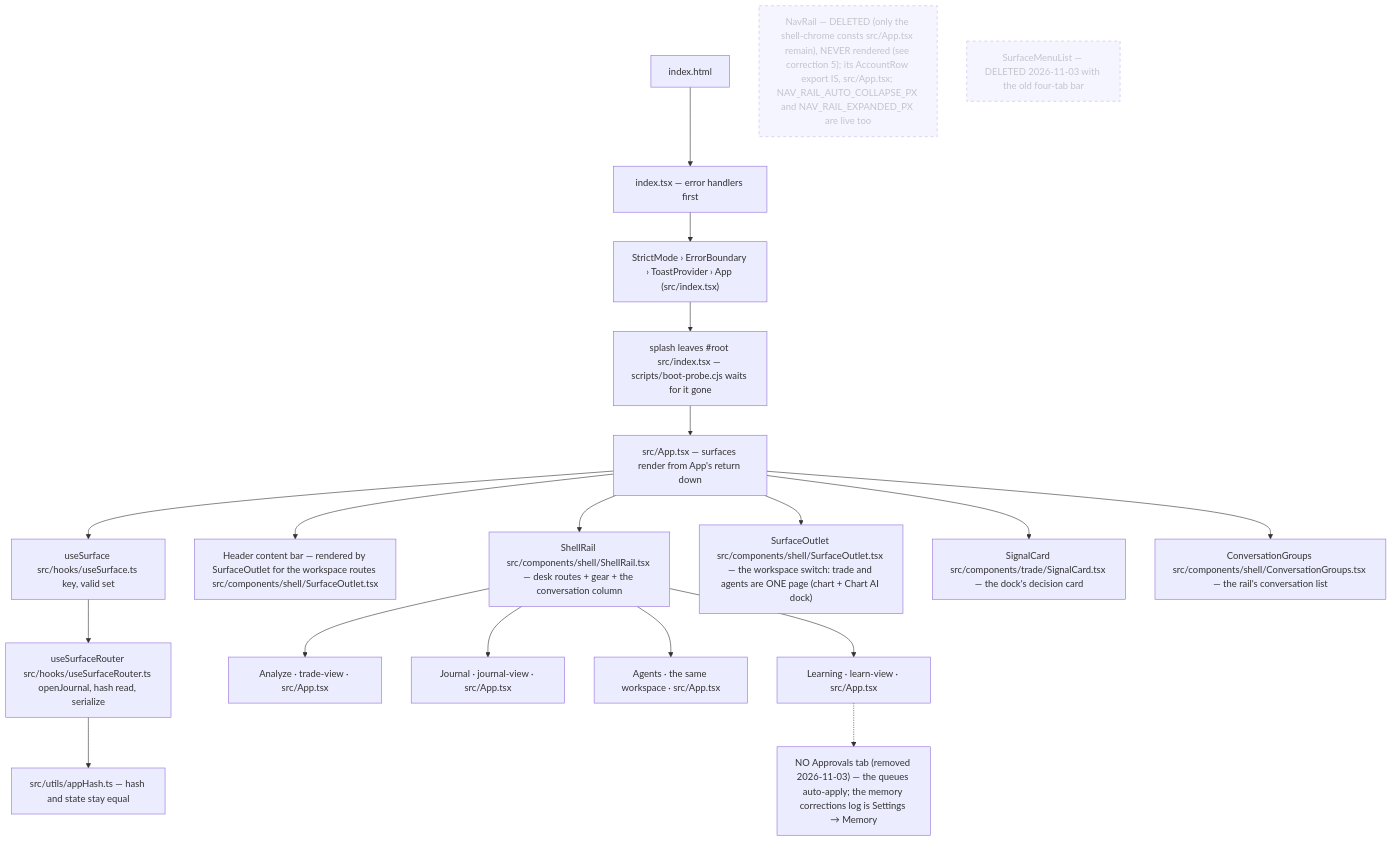
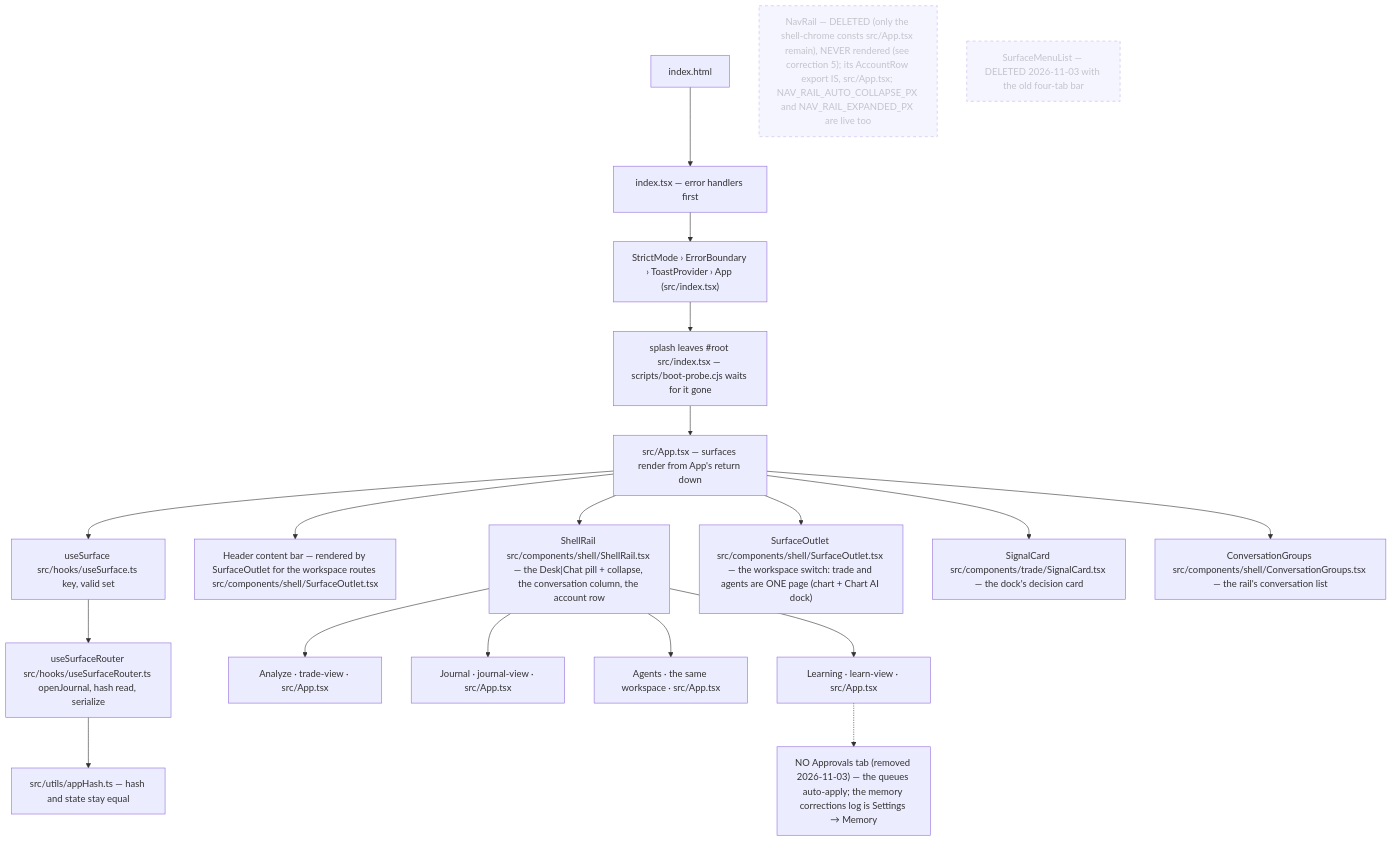
Before and after one commit to KILLER3UG/augustTrading: the first of 8 diagrams in docs/architecture/system-map.md, drawn with Mermaid. The commit also changed other lines of this file and 8 other files, not shown here.

Commit message:
feat(shell): the one sidebar — the [Desk | Chat] pill IS the surface switch, the icon strip and its duplicate D/C pill leave, the collapsed bar keeps a way back (ruling 1.2)

````diff
--- a/docs/architecture/system-map.md
+++ b/docs/architecture/system-map.md
@@ -19,23 +19,23 @@
 ```mermaid
 flowchart TD
     H["index.html"] --> I["index.tsx — error handlers first"]
     I --> S["StrictMode › ErrorBoundary › ToastProvider › App (src/index.tsx)"]
     S --> SP["splash leaves #root src/index.tsx — scripts/boot-probe.cjs waits for it gone"]
     SP --> APP["src/App.tsx — surfaces render from App's return down"]
     APP --> US["useSurface src/hooks/useSurface.ts key, valid set"]
     US --> UR["useSurfaceRouter src/hooks/useSurfaceRouter.ts openJournal, hash read, serialize"]
     UR --> HASH["src/utils/appHash.ts — hash and state stay equal"]
     APP --> HD["Header content bar — rendered by SurfaceOutlet for the workspace routes src/components/shell/SurfaceOutlet.tsx"]
-    APP --> SR["ShellRail src/components/shell/ShellRail.tsx — desk routes + gear + the conversation column"]
+    APP --> SR["ShellRail src/components/shell/ShellRail.tsx — the Desk|Chat pill + collapse, the conversation column, the account row"]
     APP --> SO["SurfaceOutlet src/components/shell/SurfaceOutlet.tsx — the workspace switch: trade and agents are ONE page (chart + Chart AI dock)"]
     APP --> SG["SignalCard src/components/trade/SignalCard.tsx — the dock's decision card"]
     APP --> CG["ConversationGroups src/components/shell/ConversationGroups.tsx — the rail's conversation list"]
     SR --> T["Analyze · trade-view · src/App.tsx"]
     SR --> J["Journal · journal-view · src/App.tsx"]
     SR --> C["Agents · the same workspace · src/App.tsx"]
     SR --> K["Learning · learn-view · src/App.tsx"]
     K -.-> AP["NO Approvals tab (removed 2026-11-03) — the queues auto-apply; the memory corrections log is Settings → Memory"]
     NR["NavRail — DELETED (only the shell-chrome consts src/App.tsx remain), NEVER rendered (see correction 5); its AccountRow export IS, src/App.tsx; NAV_RAIL_AUTO_COLLAPSE_PX and NAV_RAIL_EXPANDED_PX are live too"]:::dead
     SM["SurfaceMenuList — DELETED 2026-11-03 with the old four-tab bar"]:::dead
     classDef dead stroke-dasharray: 5 5,opacity:.5
 ```
````
